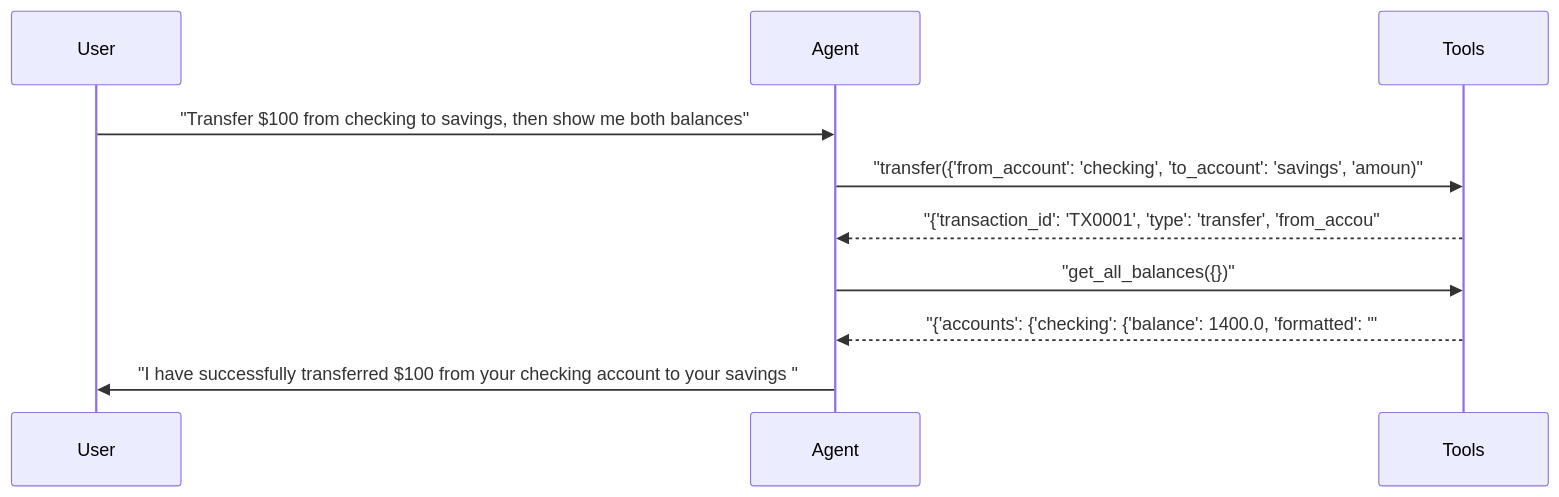
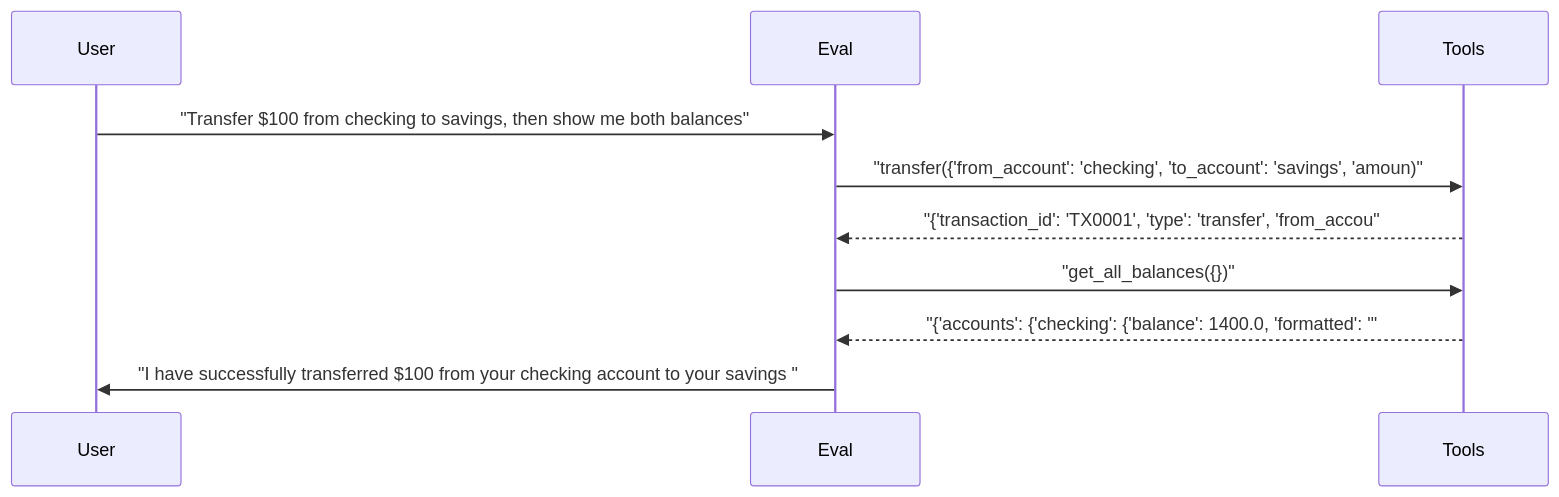
The fourth of 6 diagrams in docs/reports/02_multi_agent.md (sbroenne/pytest-skill-engineering), drawn with Mermaid before and after one commit. The commit also changed other lines of this file and 155 other files, not shown here.

````diff
--- a/docs/reports/02_multi_agent.md
+++ b/docs/reports/02_multi_agent.md
@@ -289,13 +289,13 @@
 ```mermaid
 sequenceDiagram
     participant User
-    participant Agent
+    participant Eval
     participant Tools
 
-    User->>Agent: "Transfer $100 from checking to savings, then show me both balances"
-    Agent->>Tools: "transfer({'from_account': 'checking', 'to_account': 'savings', 'amoun)"
-    Tools-->>Agent: "{'transaction_id': 'TX0001', 'type': 'transfer', 'from_accou"
-    Agent->>Tools: "get_all_balances({})"
-    Tools-->>Agent: "{'accounts': {'checking': {'balance': 1400.0, 'formatted': '"
-    Agent->>User: "I have successfully transferred $100 from your checking account to your savings "
+    User->>Eval: "Transfer $100 from checking to savings, then show me both balances"
+    Eval->>Tools: "transfer({'from_account': 'checking', 'to_account': 'savings', 'amoun)"
+    Tools-->>Eval: "{'transaction_id': 'TX0001', 'type': 'transfer', 'from_accou"
+    Eval->>Tools: "get_all_balances({})"
+    Tools-->>Eval: "{'accounts': {'checking': {'balance': 1400.0, 'formatted': '"
+    Eval->>User: "I have successfully transferred $100 from your checking account to your savings "
 ```
````
